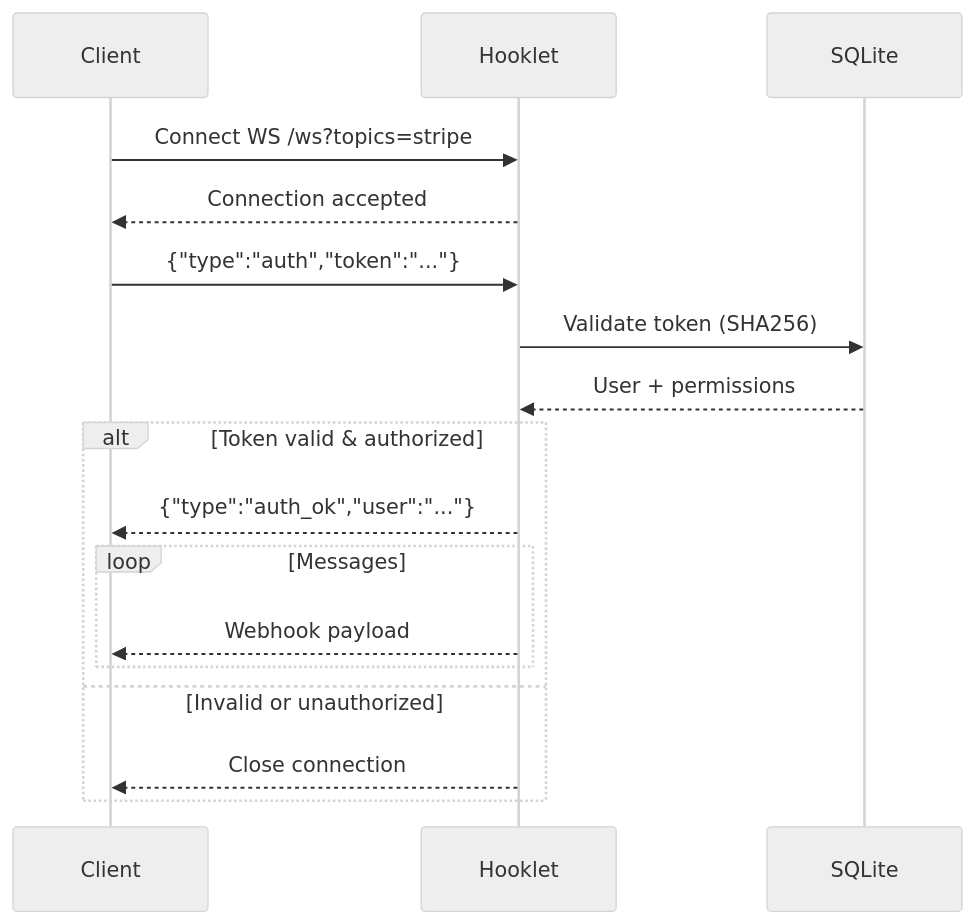
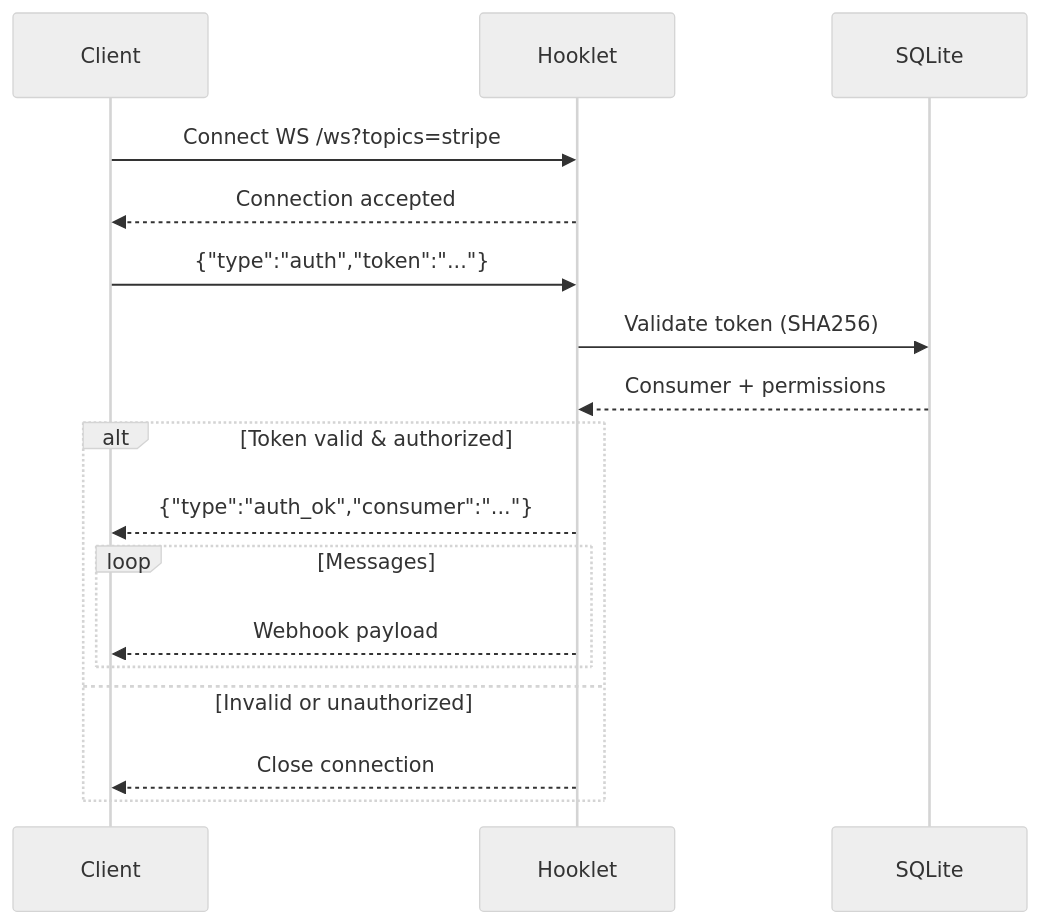
One commit to z-originales/Hooklet changed the second of 3 diagrams in README.md. Above: the diagram before and after it, drawn with Mermaid (neutral theme). The commit also changed other lines of this file and 3 other files, not shown here.

````diff
--- a/README.md
+++ b/README.md
@@ -338,20 +321,20 @@
 ```mermaid
 sequenceDiagram
     participant Client
     participant Hooklet
     participant DB as SQLite
 
     Client->>Hooklet: Connect WS /ws?topics=stripe
     Hooklet-->>Client: Connection accepted
     Client->>Hooklet: {"type":"auth","token":"..."}
     Hooklet->>DB: Validate token (SHA256)
-    DB-->>Hooklet: User + permissions
+    DB-->>Hooklet: Consumer + permissions
     alt Token valid & authorized
-        Hooklet-->>Client: {"type":"auth_ok","user":"..."}
+        Hooklet-->>Client: {"type":"auth_ok","consumer":"..."}
         loop Messages
             Hooklet-->>Client: Webhook payload
         end
     else Invalid or unauthorized
         Hooklet-->>Client: Close connection
     end
 ```
````
